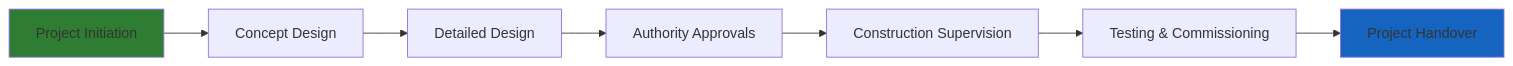
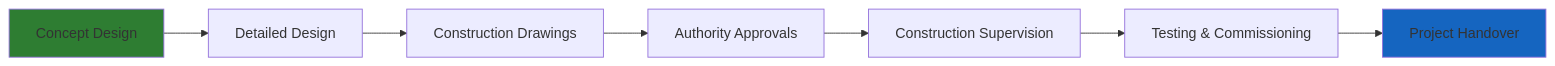
Before and after one commit to optimal-ae/.github: the diagram in README.md, drawn with Mermaid. The commit also changed other lines of this file, not shown here.

First line of the commit message:
Revise engineering services and project details in README

````diff
--- a/README.md
+++ b/README.md
@@ -95,12 +83,12 @@
 ```mermaid
 graph LR
-    A[Project Initiation] --> B[Concept Design]
-    B --> C[Detailed Design]
+    A[Concept Design] --> B[Detailed Design]
+    B --> C[Construction Drawings]
     C --> D[Authority Approvals]
     D --> E[Construction Supervision]
     E --> F[Testing & Commissioning]
     F --> G[Project Handover]
 
     style A fill:#2E7D32
     style G fill:#1565C0
 ```
````
